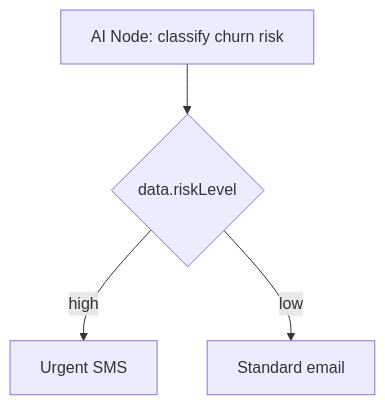
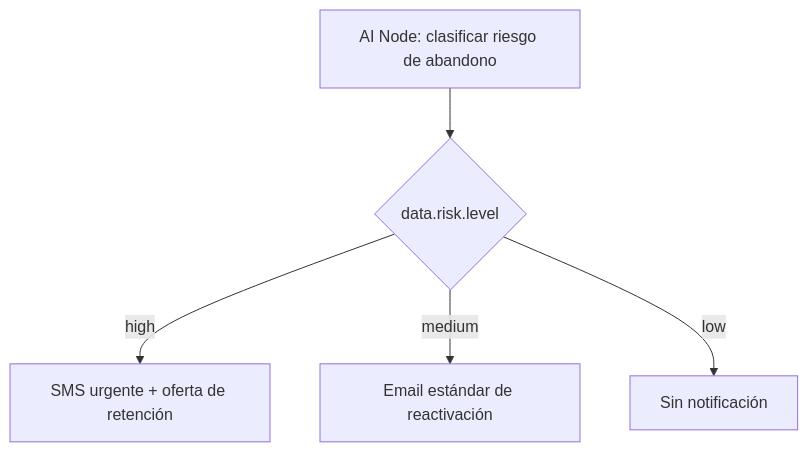
One commit to KriyanshKhunt/nexus_docs changed the second of 2 diagrams in content/docs/es/platform/features/ai-workflow-node.mdx. Above: the diagram before and after it, drawn with Mermaid. The commit also changed other lines of this file and 29 other files, not shown here.

````diff
--- a/content/docs/es/platform/features/ai-workflow-node.mdx
+++ b/content/docs/es/platform/features/ai-workflow-node.mdx
@@ -39,6 +73,7 @@
 ```mermaid
 flowchart TD
-  AI[AI Node: classify churn risk] --> C{data.riskLevel}
-  C -->|high| SMS[Urgent SMS]
-  C -->|low| Email[Standard email]
+  AI[AI Node: clasificar riesgo de abandono] --> C{data.risk.level}
+  C -->|high| SMS[SMS urgente + oferta de retención]
+  C -->|medium| Email[Email estándar de reactivación]
+  C -->|low| Skip[Sin notificación]
 ```
````
